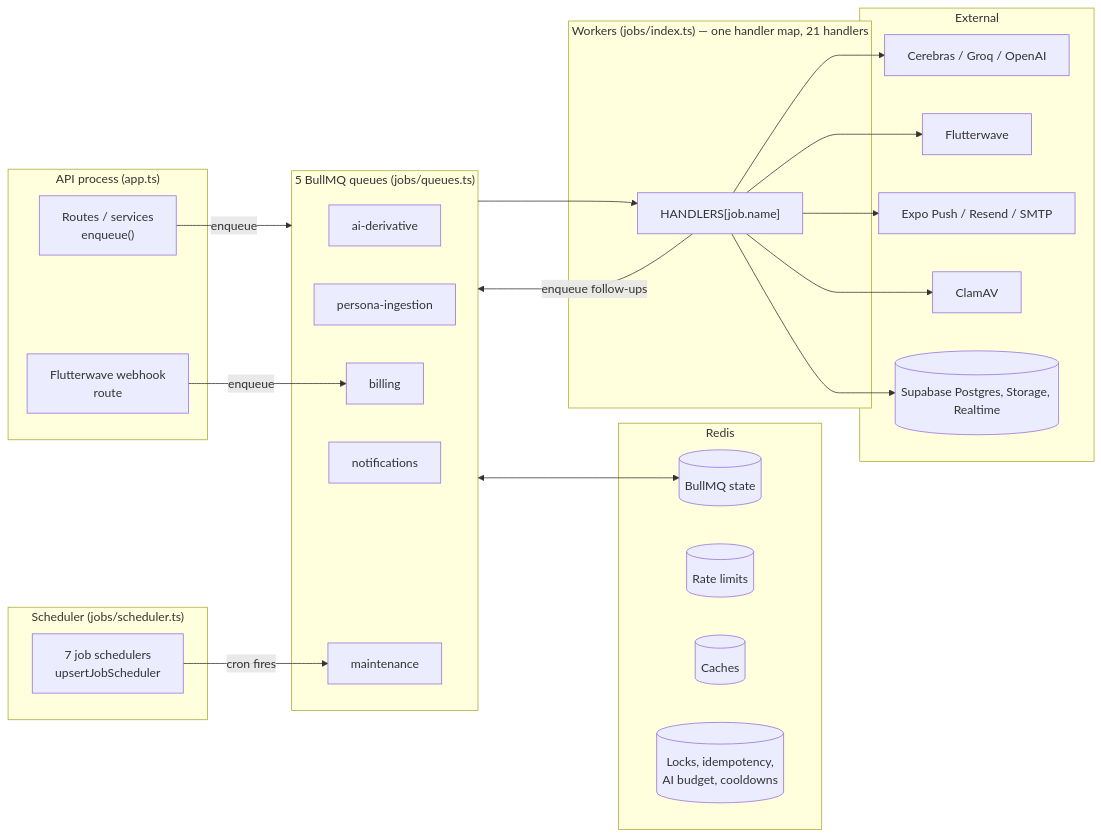
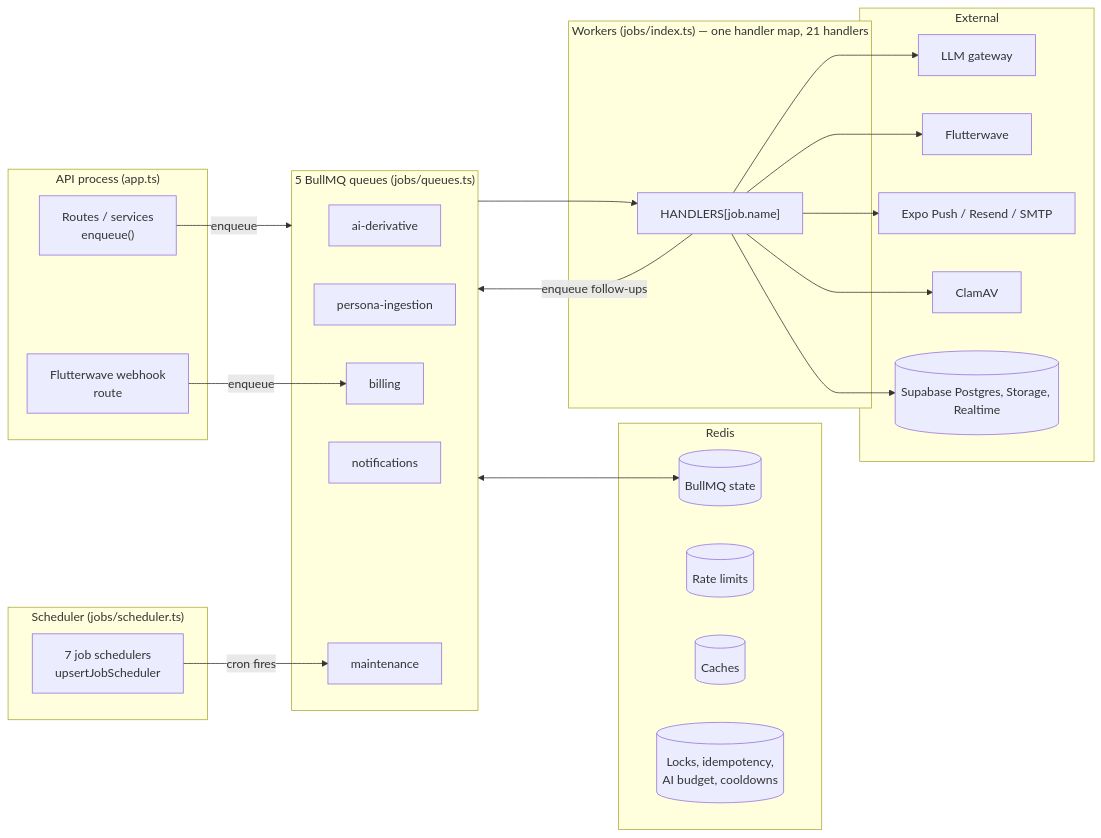
One commit to Devpaul-01/Dryrun changed the first of 2 diagrams in docs/BACKGROUND_JOBS.md. Above: the diagram before and after it, drawn with Mermaid. The commit also changed other lines of this file and 1 other file, not shown here.

````diff
--- a/docs/BACKGROUND_JOBS.md
+++ b/docs/BACKGROUND_JOBS.md
@@ -40,46 +40,46 @@
 ```mermaid
 flowchart LR
     subgraph API["API process (app.ts)"]
         REQ["Routes / services<br/>enqueue()"]
         WH["Flutterwave webhook<br/>route"]
     end
 
     subgraph SCHED["Scheduler (jobs/scheduler.ts)"]
         CRON["7 job schedulers<br/>upsertJobScheduler"]
     end
 
     subgraph REDIS["Redis"]
         BQ[(BullMQ state)]
         RL[(Rate limits)]
         CA[(Caches)]
         LK[(Locks, idempotency,<br/>AI budget, cooldowns)]
     end
 
     subgraph Q["5 BullMQ queues (jobs/queues.ts)"]
         QA[ai-derivative]
         QP[persona-ingestion]
         QB[billing]
         QN[notifications]
         QM[maintenance]
     end
 
     subgraph W["Workers (jobs/index.ts) — one handler map, 21 handlers"]
         H["HANDLERS[job.name]"]
     end
 
     subgraph EXT["External"]
-        AI[Cerebras / Groq / OpenAI]
+        AI[LLM gateway]
         FW[Flutterwave]
         EX[Expo Push / Resend / SMTP]
         AV[ClamAV]
         SB[(Supabase Postgres, Storage, Realtime)]
     end
 
     REQ -- enqueue --> Q
     WH -- enqueue --> QB
     CRON -- "cron fires" --> QM
     Q <--> BQ
     Q --> H
     H -- "enqueue follow-ups" --> Q
     H --> AI & FW & EX & AV & SB
 ```
````
